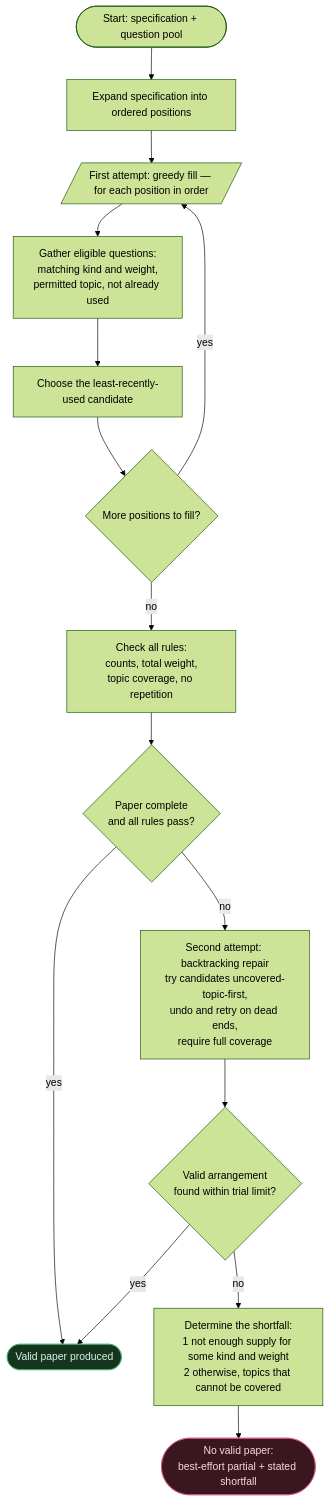
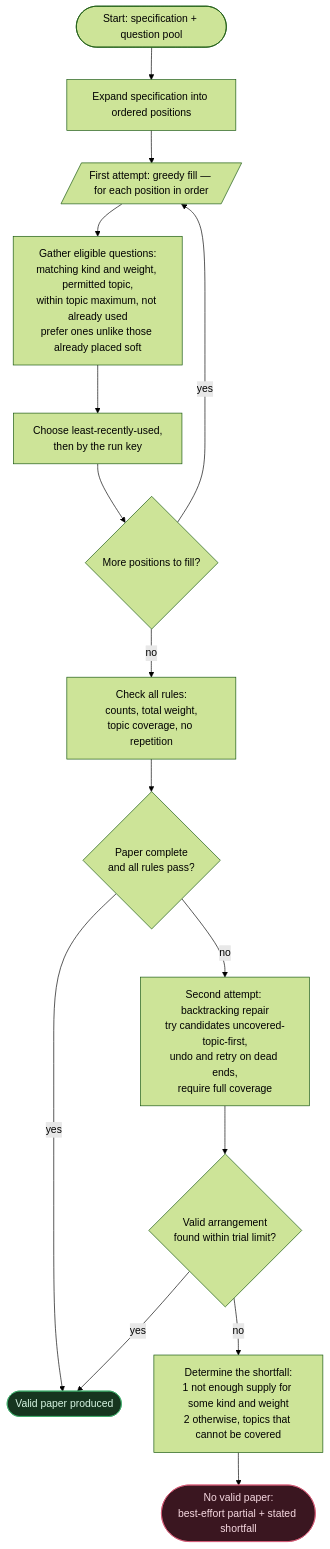
One commit to rohitshakyaa/Q-Forge changed the diagram in docs/Algorithm-Raw.md. Above: the diagram before and after it, drawn with Mermaid (forest theme). The commit also changed other lines of this file and 39 other files, not shown here.

````diff
--- a/docs/Algorithm-Raw.md
+++ b/docs/Algorithm-Raw.md
@@ -109,28 +134,28 @@
 ```mermaid
 flowchart TD
     A([Start: specification + question pool]) --> B[Expand specification into ordered positions]
 
     B --> C[/First attempt: greedy fill — for each position in order/]
-    C --> D[Gather eligible questions:<br/>matching kind and weight,<br/>permitted topic, not already used]
-    D --> E[Choose the least-recently-used candidate]
+    C --> D[Gather eligible questions:<br/>matching kind and weight, permitted topic,<br/>within topic maximum, not already used<br/>prefer ones unlike those already placed soft]
+    D --> E[Choose least-recently-used,<br/>then by the run key]
     E --> F{More positions to fill?}
     F -- yes --> C
 
     F -- no --> G[Check all rules:<br/>counts, total weight,<br/>topic coverage, no repetition]
     G --> H{Paper complete<br/>and all rules pass?}
 
     H -- yes --> OK([Valid paper produced])
 
     H -- no --> I[Second attempt: backtracking repair<br/>try candidates uncovered-topic-first,<br/>undo and retry on dead ends,<br/>require full coverage]
     I --> J{Valid arrangement<br/>found within trial limit?}
 
     J -- yes --> OK
 
     J -- no --> K[Determine the shortfall:<br/>1 not enough supply for some kind and weight<br/>2 otherwise, topics that cannot be covered]
     K --> NO([No valid paper:<br/>best-effort partial + stated shortfall])
 
     classDef ok fill:#16351f,stroke:#3fae6b,color:#d7f5e3;
     classDef bad fill:#3a1620,stroke:#d65a76,color:#f7d9e1;
     class OK ok;
     class NO bad;
 ```
````
